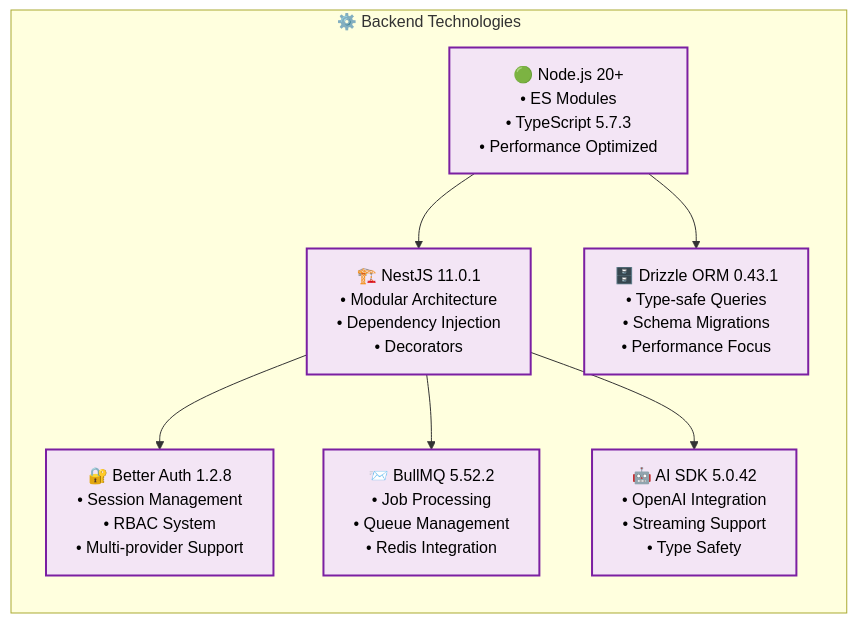
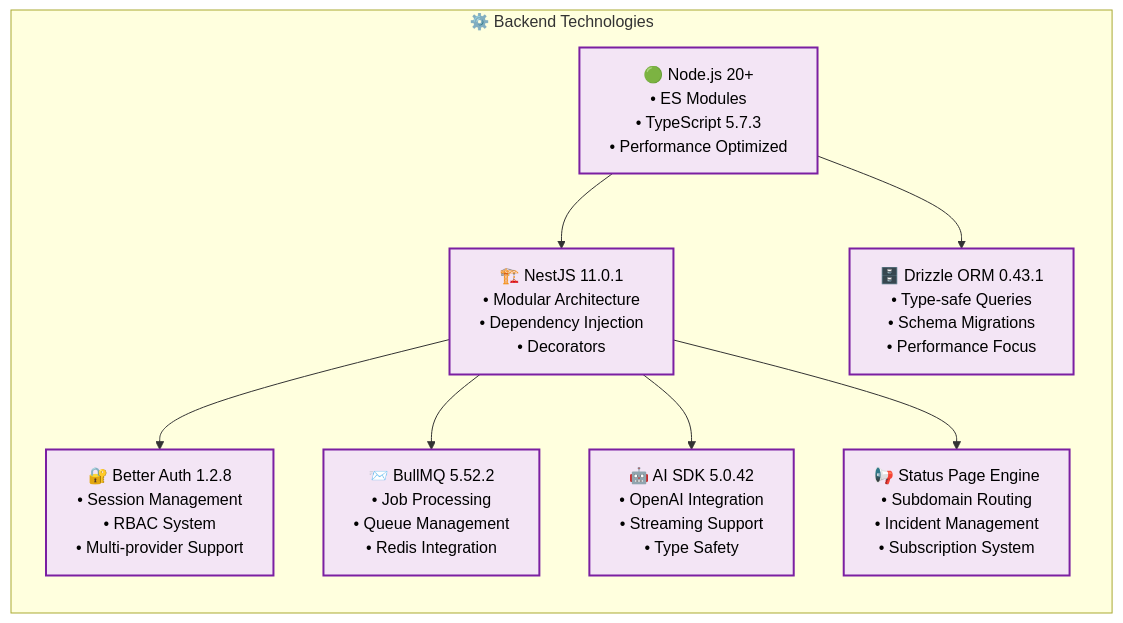
One commit to supercheck-io/supercheck-core changed the seventh of 13 diagrams in specs/SUPERCHECK_ARCHITECTURE.md. Above: the diagram before and after it, drawn with Mermaid. The commit also changed other lines of this file and 12 other files, not shown here.

First line of the commit message:
refactor(status-pages): streamline status page components and improve data table flexibility

````diff
--- a/specs/SUPERCHECK_ARCHITECTURE.md
+++ b/specs/SUPERCHECK_ARCHITECTURE.md
@@ -330,20 +420,22 @@
 ```mermaid
 graph LR
     subgraph "⚙️ Backend Technologies"
         B1[🟢 Node.js 20+<br/>• ES Modules<br/>• TypeScript 5.7.3<br/>• Performance Optimized]
         B2[🏗️ NestJS 11.0.1<br/>• Modular Architecture<br/>• Dependency Injection<br/>• Decorators]
         B3[🗄️ Drizzle ORM 0.43.1<br/>• Type-safe Queries<br/>• Schema Migrations<br/>• Performance Focus]
         B4[🔐 Better Auth 1.2.8<br/>• Session Management<br/>• RBAC System<br/>• Multi-provider Support]
         B5[📨 BullMQ 5.52.2<br/>• Job Processing<br/>• Queue Management<br/>• Redis Integration]
         B6[🤖 AI SDK 5.0.42<br/>• OpenAI Integration<br/>• Streaming Support<br/>• Type Safety]
+        B7[📢 Status Page Engine<br/>• Subdomain Routing<br/>• Incident Management<br/>• Subscription System]
     end
 
     B1 --> B2
     B1 --> B3
     B2 --> B4
     B2 --> B5
     B2 --> B6
+    B2 --> B7
 
     classDef tech fill:#f3e5f5,stroke:#7b1fa2,stroke-width:2px,color:#000
-    class B1,B2,B3,B4,B5,B6 tech
+    class B1,B2,B3,B4,B5,B6,B7 tech
 ```
````
